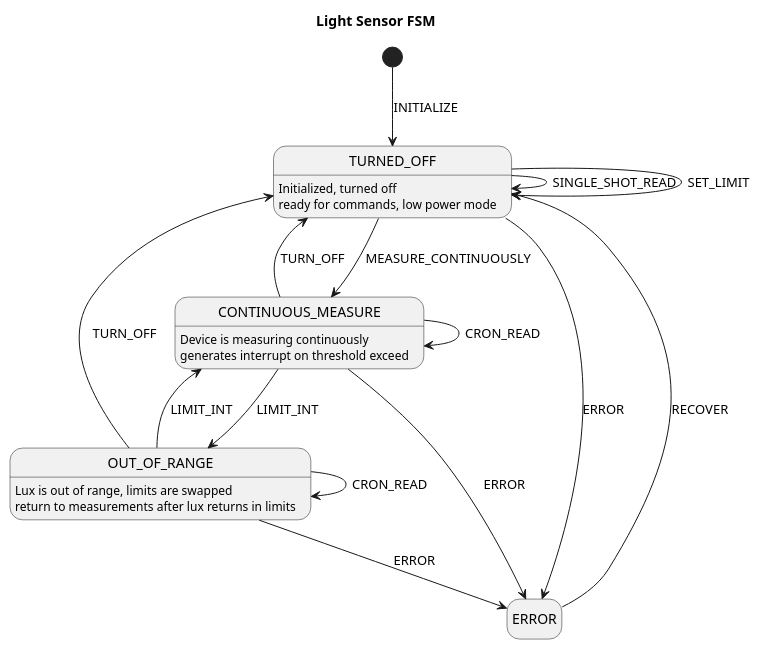
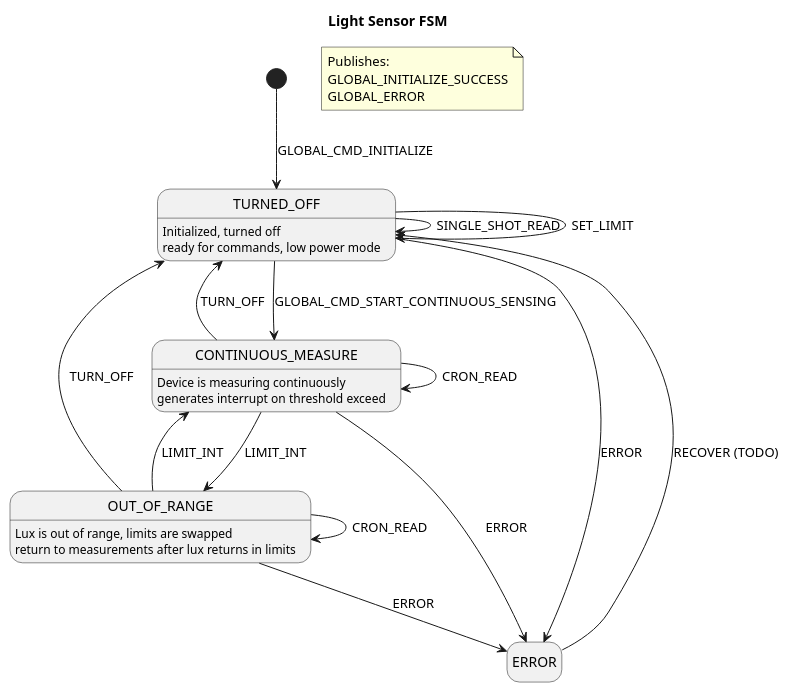
One commit to polesskiy-dev/iot-risk-logger-stm32l4 changed the diagram in firmware/iot-risk-logger-stm32l4/app/tasks/light_sensor/README.md. Above: the diagram before and after it, drawn with PlantUML. The commit also changed 5 other files, not shown here.

````diff
--- a/firmware/iot-risk-logger-stm32l4/app/tasks/light_sensor/README.md
+++ b/firmware/iot-risk-logger-stm32l4/app/tasks/light_sensor/README.md
@@ -10,23 +10,24 @@
 ```plantuml
 @startuml
 title Light Sensor FSM
 hide empty description
 TURNED_OFF: Initialized, turned off\nready for commands, low power mode
 CONTINUOUS_MEASURE: Device is measuring continuously\ngenerates interrupt on threshold exceed
 OUT_OF_RANGE: Lux is out of range, limits are swapped\nreturn to measurements after lux returns in limits
-[*] --> TURNED_OFF : INITIALIZE
+[*] --> TURNED_OFF : GLOBAL_CMD_INITIALIZE
+note "Publishes: \nGLOBAL_INITIALIZE_SUCCESS\nGLOBAL_ERROR" as N1
 TURNED_OFF --> TURNED_OFF : SINGLE_SHOT_READ
 TURNED_OFF --> TURNED_OFF : SET_LIMIT
-TURNED_OFF --> CONTINUOUS_MEASURE : MEASURE_CONTINUOUSLY
+TURNED_OFF --> CONTINUOUS_MEASURE : GLOBAL_CMD_START_CONTINUOUS_SENSING
 CONTINUOUS_MEASURE --> CONTINUOUS_MEASURE : CRON_READ
 CONTINUOUS_MEASURE --> OUT_OF_RANGE : LIMIT_INT
 OUT_OF_RANGE --> CONTINUOUS_MEASURE : LIMIT_INT
 OUT_OF_RANGE --> OUT_OF_RANGE : CRON_READ
 OUT_OF_RANGE --> TURNED_OFF : TURN_OFF
 CONTINUOUS_MEASURE --> TURNED_OFF : TURN_OFF
-ERROR --> TURNED_OFF : RECOVER
+ERROR --> TURNED_OFF : RECOVER (TODO)
 TURNED_OFF --> ERROR : ERROR
 CONTINUOUS_MEASURE --> ERROR : ERROR
 OUT_OF_RANGE --> ERROR : ERROR
 @enduml
 ```
````
